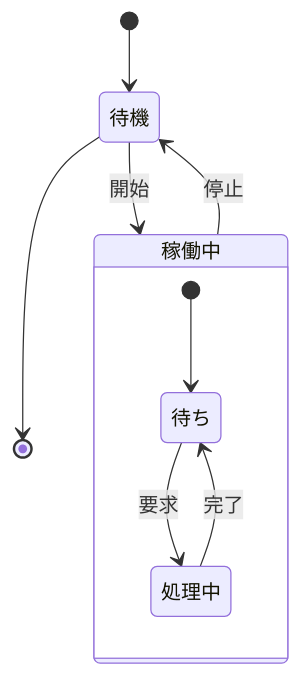
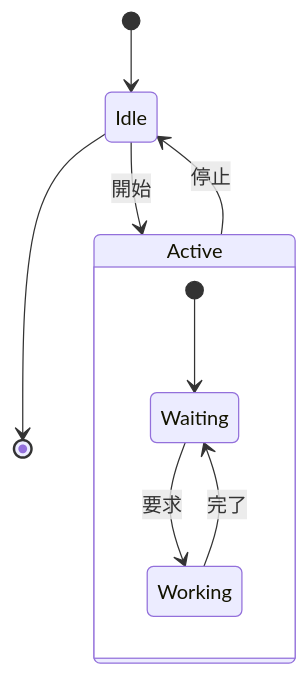
Before and after one commit to kohdice/mp-rs: diagram 25 of 29 in examples/EXAMPLE_ja.md, drawn with Mermaid. The commit also changed other lines of this file, not shown here.

Commit message:
docs(examples): keep the Japanese examples within what Mermaid renders

````diff
--- a/examples/EXAMPLE_ja.md
+++ b/examples/EXAMPLE_ja.md
@@ -537,15 +536,12 @@
 ```mermaid
 stateDiagram-v2
-    state "待機" as Idle
-    state "稼働中" as Active {
-        state "待ち" as Waiting
-        state "処理中" as Working
+    [*] --> Idle
+    state Active {
         [*] --> Waiting
         Waiting --> Working : 要求
         Working --> Waiting : 完了
     }
-    [*] --> Idle
     Idle --> Active : 開始
     Active --> Idle : 停止
     Idle --> [*]
 ```
````
